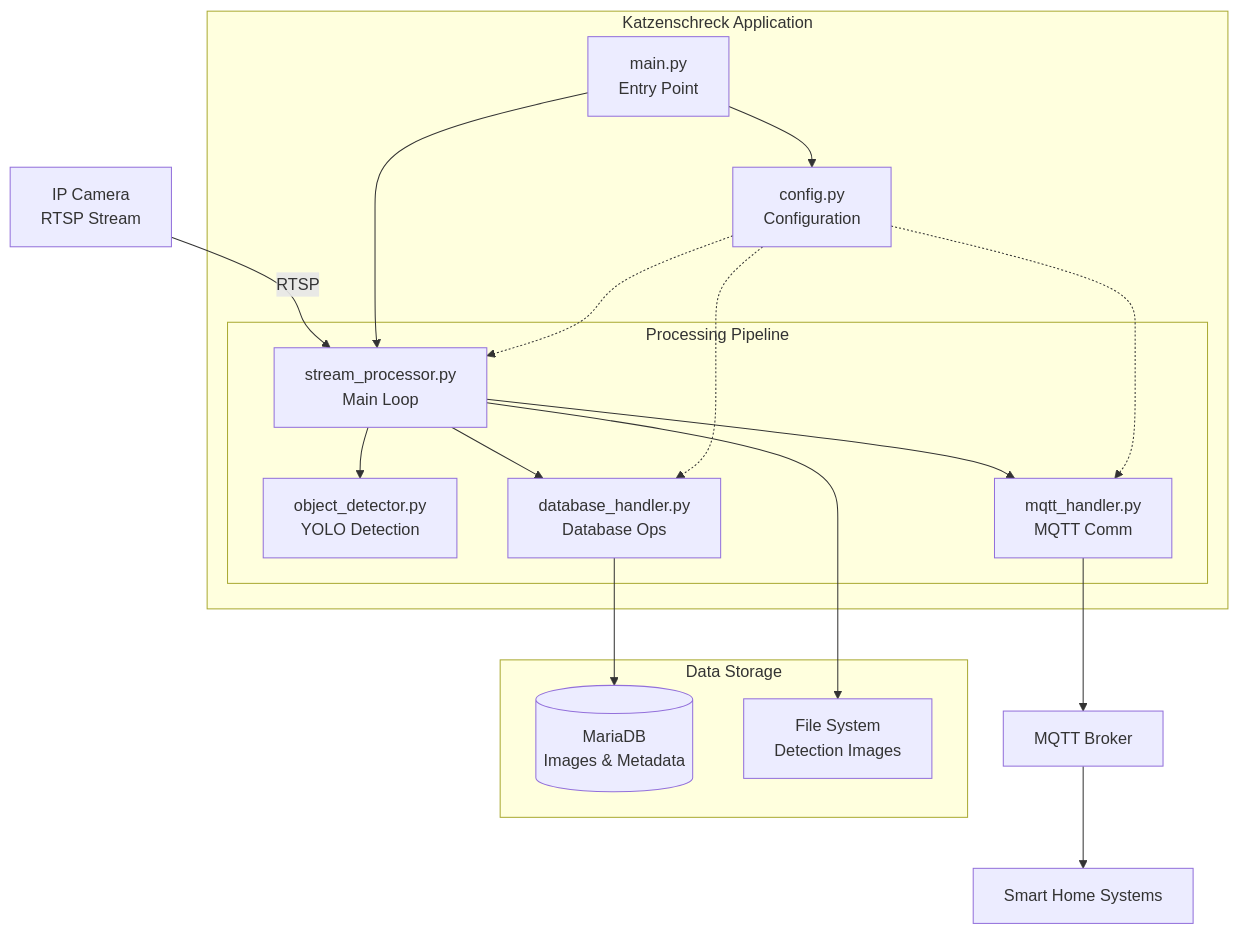
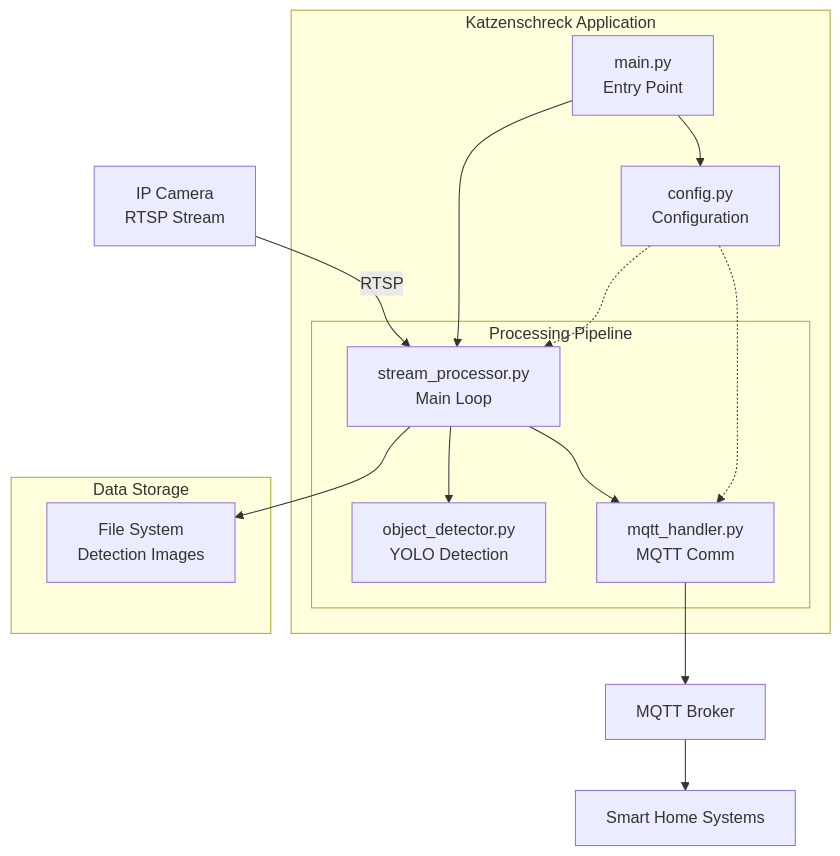
One commit to andremotz/katzenschreck-fcats changed the diagram in README.md. Above: the diagram before and after it, drawn with Mermaid. The commit also changed other lines of this file and 35 other files, not shown here.

````diff
--- a/README.md
+++ b/README.md
@@ -181,38 +174,33 @@
 ```mermaid
 graph TB
     Camera[IP Camera<br/>RTSP Stream]
     
     subgraph "Katzenschreck Application"
         Main[main.py<br/>Entry Point]
         Config[config.py<br/>Configuration]
         
         subgraph "Processing Pipeline"
             Stream[stream_processor.py<br/>Main Loop]
             Detector[object_detector.py<br/>YOLO Detection]
-            DB[database_handler.py<br/>Database Ops]
             MQTT[mqtt_handler.py<br/>MQTT Comm]
         end
     end
     
     subgraph "Data Storage"
-        MariaDB[(MariaDB<br/>Images & Metadata)]
         FileSystem[File System<br/>Detection Images]
     end
     
     MQTTBroker[MQTT Broker]
     SmartHome[Smart Home Systems]
     
     Camera -->|RTSP| Stream
     Main --> Config
     Main --> Stream
     Stream --> Detector
-    Stream --> DB
     Stream --> MQTT
     Stream --> FileSystem
     Config -.-> Stream
-    Config -.-> DB
     Config -.-> MQTT
-    DB --> MariaDB
     MQTT --> MQTTBroker
     MQTTBroker --> SmartHome
 ```
````
